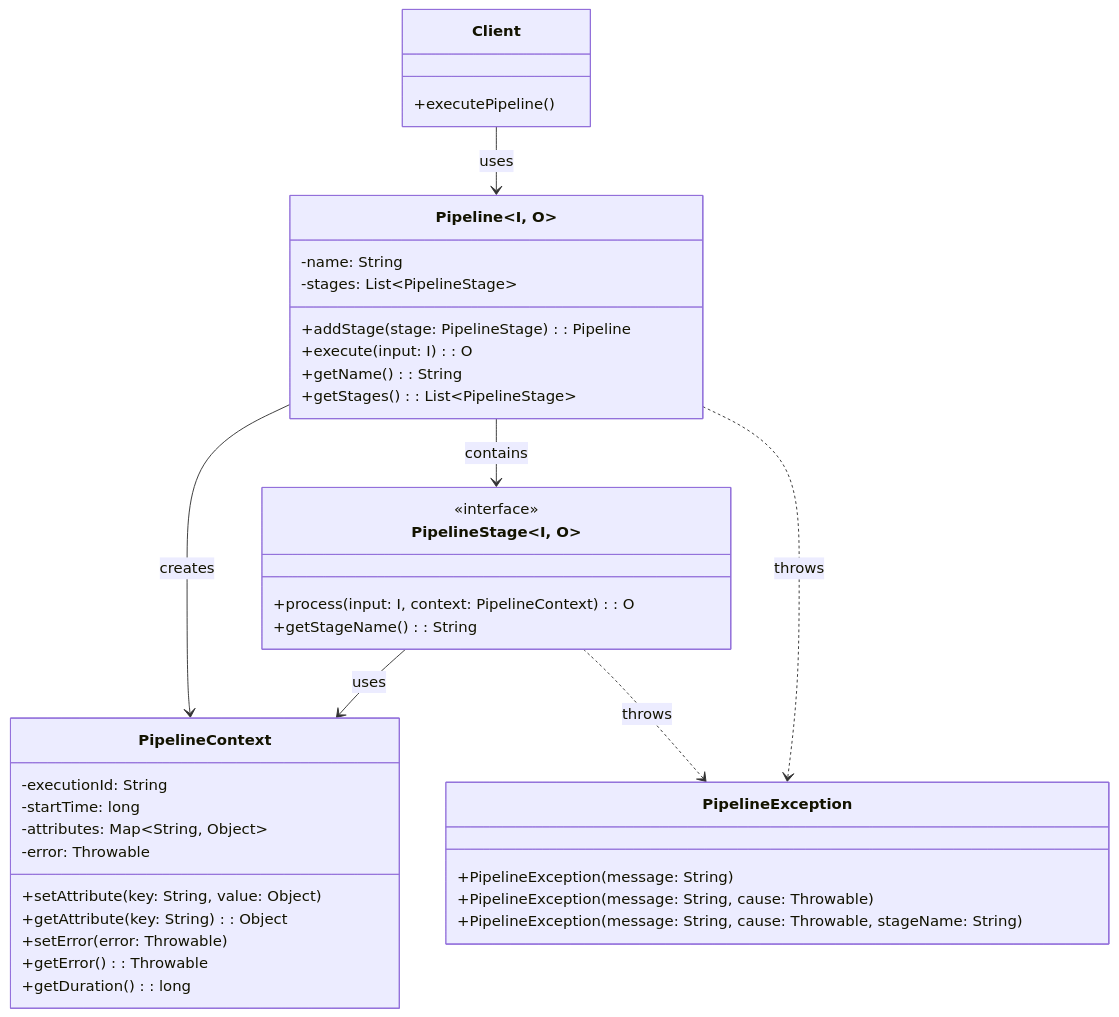
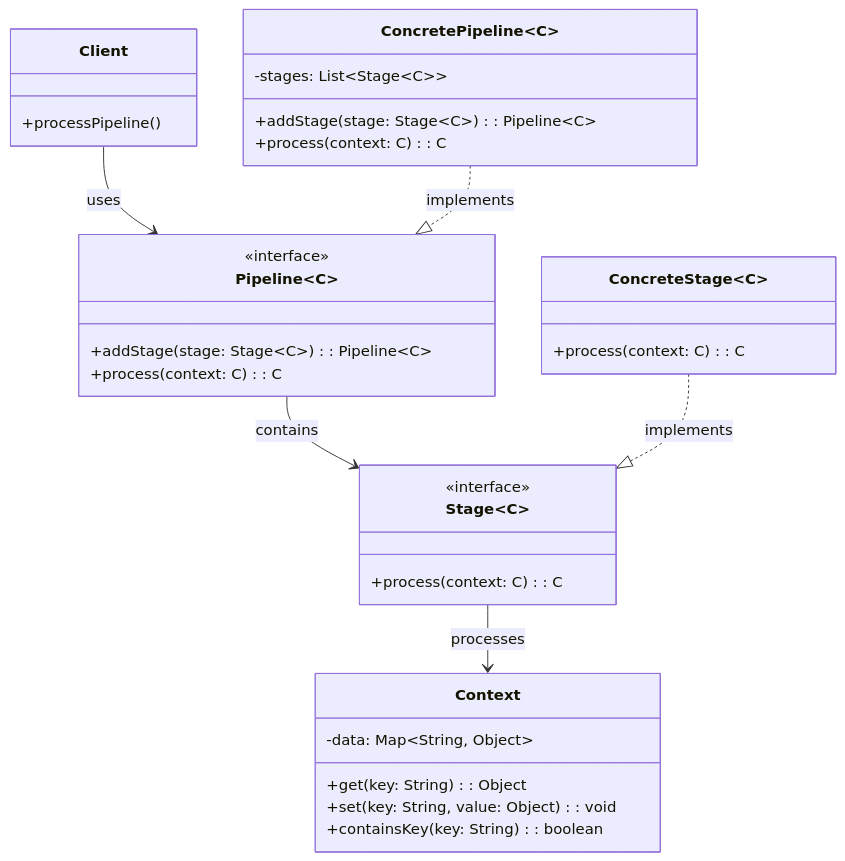
The second of 11 diagrams in Pipeline/docs/README.md (scimbe/VS_Pattern_By_KI), drawn with Mermaid before and after one commit. The commit also changed other lines of this file and 19 other files, not shown here.

````diff
--- a/Pipeline/docs/README.md
+++ b/Pipeline/docs/README.md
@@ -46,46 +50,40 @@
 ```mermaid
 classDiagram
     class Client {
-        +executePipeline()
+        +processPipeline()
     }
 
-    class Pipeline~I, O~ {
-        -name: String
-        -stages: List~PipelineStage~
-        +addStage(stage: PipelineStage): Pipeline
-        +execute(input: I): O
-        +getName(): String
-        +getStages(): List~PipelineStage~
+    class Pipeline~C~ {
+        <<interface>>
+        +addStage(stage: Stage~C~): Pipeline~C~
+        +process(context: C): C
     }
 
-    class PipelineStage~I, O~ {
+    class Stage~C~ {
         <<interface>>
-        +process(input: I, context: PipelineContext): O
-        +getStageName(): String
+        +process(context: C): C
     }
 
-    class PipelineContext {
-        -executionId: String
-        -startTime: long
-        -attributes: Map~String, Object~
-        -error: Throwable
-        +setAttribute(key: String, value: Object)
-        +getAttribute(key: String): Object
-        +setError(error: Throwable)
-        +getError(): Throwable
-        +getDuration(): long
+    class Context {
+        -data: Map~String, Object~
+        +get(key: String): Object
+        +set(key: String, value: Object): void
+        +containsKey(key: String): boolean
     }
 
-    class PipelineException {
-        +PipelineException(message: String)
-        +PipelineException(message: String, cause: Throwable)
-        +PipelineException(message: String, cause: Throwable, stageName: String)
+    class ConcreteStage~C~ {
+        +process(context: C): C
+    }
+
+    class ConcretePipeline~C~ {
+        -stages: List~Stage~C~~
+        +addStage(stage: Stage~C~): Pipeline~C~
+        +process(context: C): C
     }
 
     Client --> Pipeline : uses
-    Pipeline --> PipelineStage : contains
-    Pipeline --> PipelineContext : creates
-    PipelineStage --> PipelineContext : uses
-    PipelineStage ..> PipelineException : throws
-    Pipeline ..> PipelineException : throws
+    Pipeline --> Stage : contains
+    Stage --> Context : processes
+    ConcreteStage ..|> Stage : implements
+    ConcretePipeline ..|> Pipeline : implements
 ```
````
